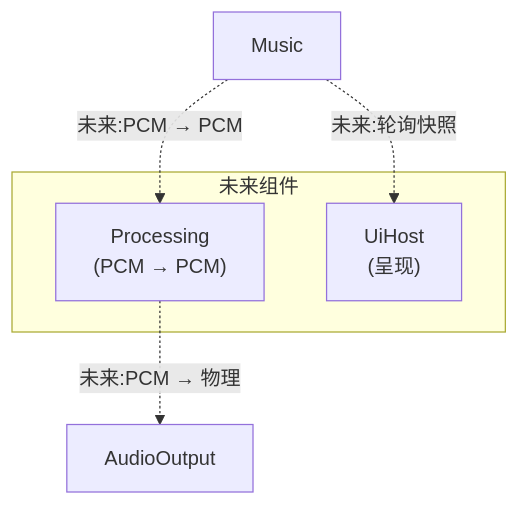
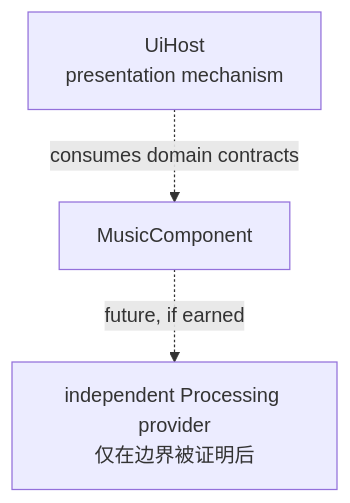
The third of 3 diagrams in website/architecture/plugin-graph.md (jnhu76/qianqian), drawn with Mermaid before and after one commit. The commit also changed other lines of this file and 25 other files, not shown here.

First line of the commit message:
architecture: reconcile playback authority surfaces with ADR-PBK-001 (#80)

````diff
--- a/website/architecture/plugin-graph.md
+++ b/website/architecture/plugin-graph.md
@@ -36,11 +56,9 @@
 ```mermaid
 flowchart TB
-    subgraph Future["未来组件"]
-        PROC["Processing<br/>(PCM → PCM)"]
-        UH["UiHost<br/>(呈现)"]
-    end
+    MUSIC2["MusicComponent"]
+    PROC["independent Processing provider<br/>仅在边界被证明后"]
+    UH["UiHost<br/>presentation mechanism"]
 
-    MUSIC2["Music"] -.->|"未来:PCM → PCM"| PROC
-    PROC -.->|"未来:PCM → 物理"| AOUT2["AudioOutput"]
-    MUSIC2 -.->|"未来:轮询快照"| UH
+    MUSIC2 -.->|"future, if earned"| PROC
+    UH -.->|"consumes domain contracts"| MUSIC2
 ```
````
